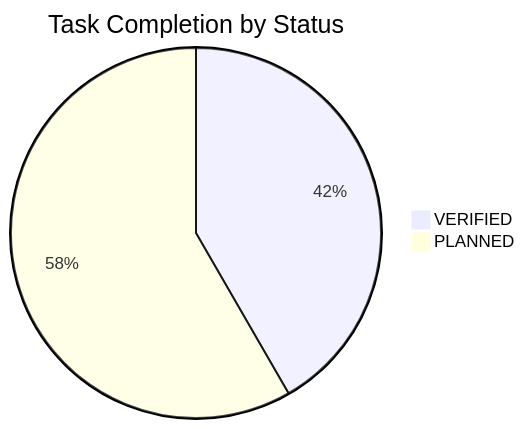
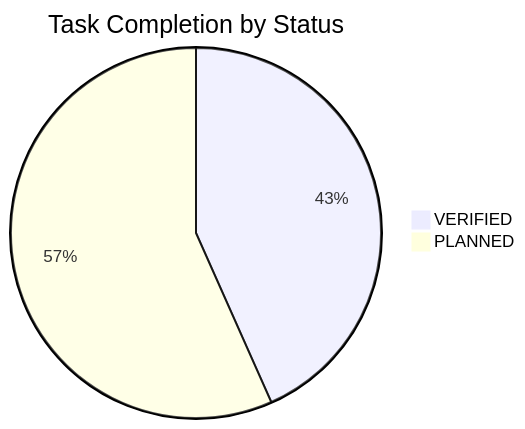
One commit to NguyenTriBaoThang/ClearWayAI changed the diagram in docs/TASK_BOARD.md. Above: the diagram before and after it, drawn with Mermaid. The commit also changed other lines of this file and 13 other files, not shown here.

````diff
--- a/docs/TASK_BOARD.md
+++ b/docs/TASK_BOARD.md
@@ -16,5 +16,5 @@
 ```mermaid
 pie title Task Completion by Status
-    "VERIFIED" : 25
-    "PLANNED" : 35
+    "VERIFIED" : 26
+    "PLANNED" : 34
 ```
````
